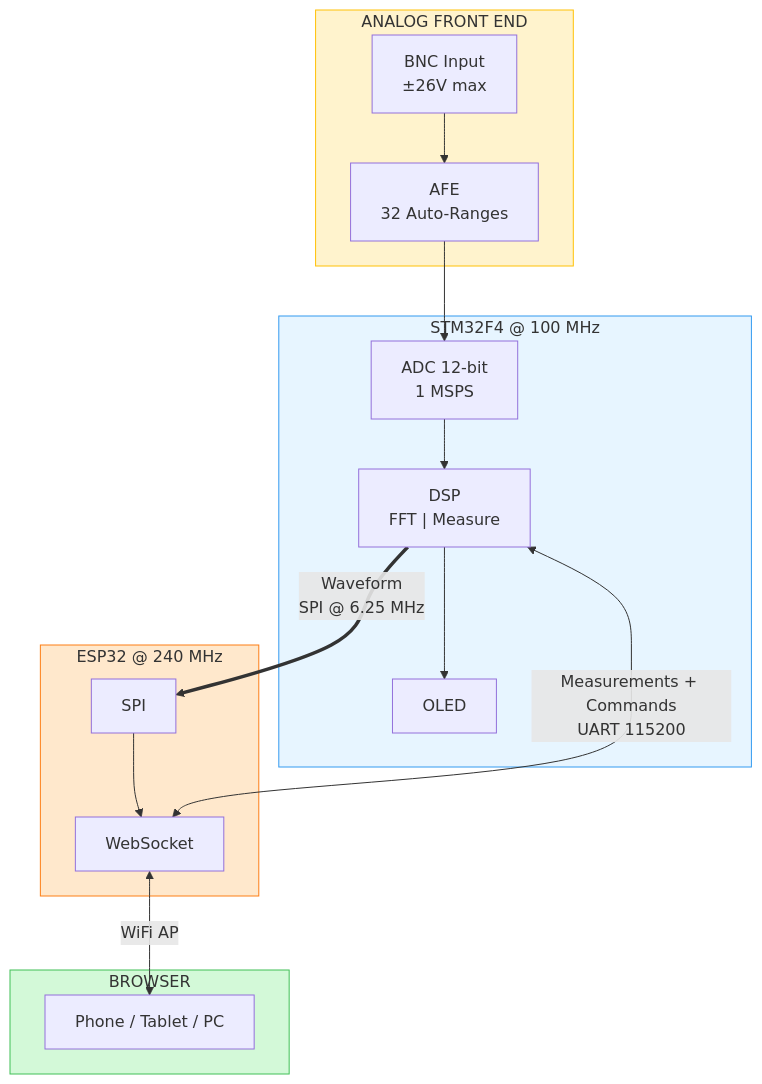
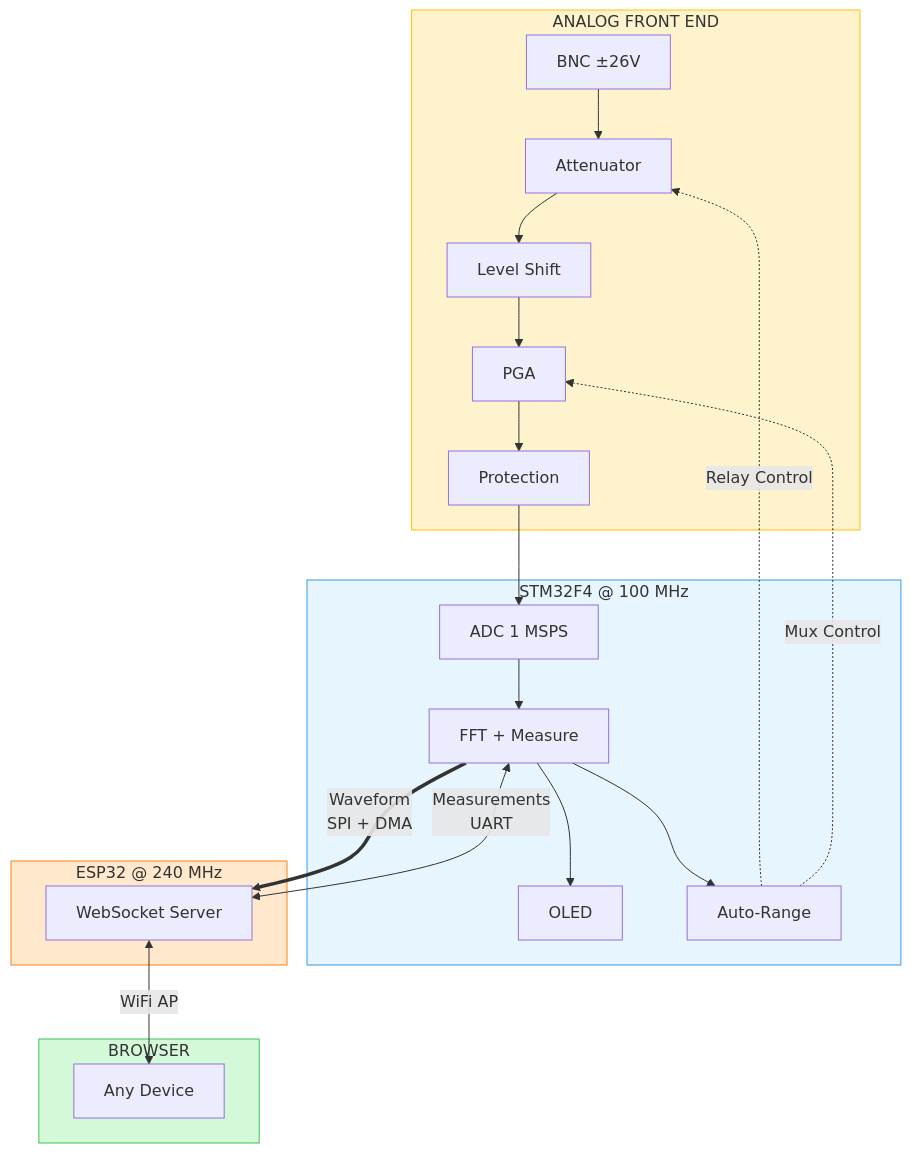
One commit to mohammadrezasafaeian/smart-wireless-oscilloscope changed the third of 4 diagrams in README.md. Above: the diagram before and after it, drawn with Mermaid. The commit also changed other lines of this file, not shown here.

````diff
--- a/README.md
+++ b/README.md
@@ -33,29 +92,35 @@
 ```mermaid
 flowchart TB
     subgraph ANALOG["ANALOG FRONT END"]
-        PROBE["BNC Input<br>±26V max"] --> AFE["AFE<br>32 Auto-Ranges"]
+        PROBE["BNC ±26V"] --> ATTEN["Attenuator"]
+        ATTEN --> SHIFT["Level Shift"]
+        SHIFT --> PGA["PGA"]
+        PGA --> PROT["Protection"]
     end
 
     subgraph STM32["STM32F4 @ 100 MHz"]
-        ADC["ADC 12-bit<br>1 MSPS"] --> DSP["DSP<br>FFT | Measure"]
+        ADC["ADC 1 MSPS"] --> DSP["FFT + Measure"]
         DSP --> OLED["OLED"]
+        DSP --> RANGE["Auto-Range"]
     end
 
     subgraph ESP32["ESP32 @ 240 MHz"]
-        SPI_S["SPI"] --> WS["WebSocket"]
+        WS["WebSocket Server"]
     end
 
     subgraph CLIENT["BROWSER"]
-        UI["Phone / Tablet / PC"]
+        UI["Any Device"]
     end
 
-    AFE --> ADC
-    DSP ==>|"Waveform<br>SPI @ 6.25 MHz"| SPI_S
-    DSP <-->|"Measurements + Commands<br>UART 115200"| WS
+    PROT --> ADC
+    RANGE -.->|"Relay Control"| ATTEN
+    RANGE -.->|"Mux Control"| PGA
+    DSP ==>|"Waveform<br>SPI + DMA"| WS
+    DSP <-->|"Measurements<br>UART"| WS
     WS <-->|"WiFi AP"| UI
 
     style ANALOG fill:#fff3cd,stroke:#ffc107
     style STM32 fill:#e7f5ff,stroke:#339af0
     style ESP32 fill:#ffe8cc,stroke:#fd7e14
     style CLIENT fill:#d3f9d8,stroke:#40c057
 ```
````
